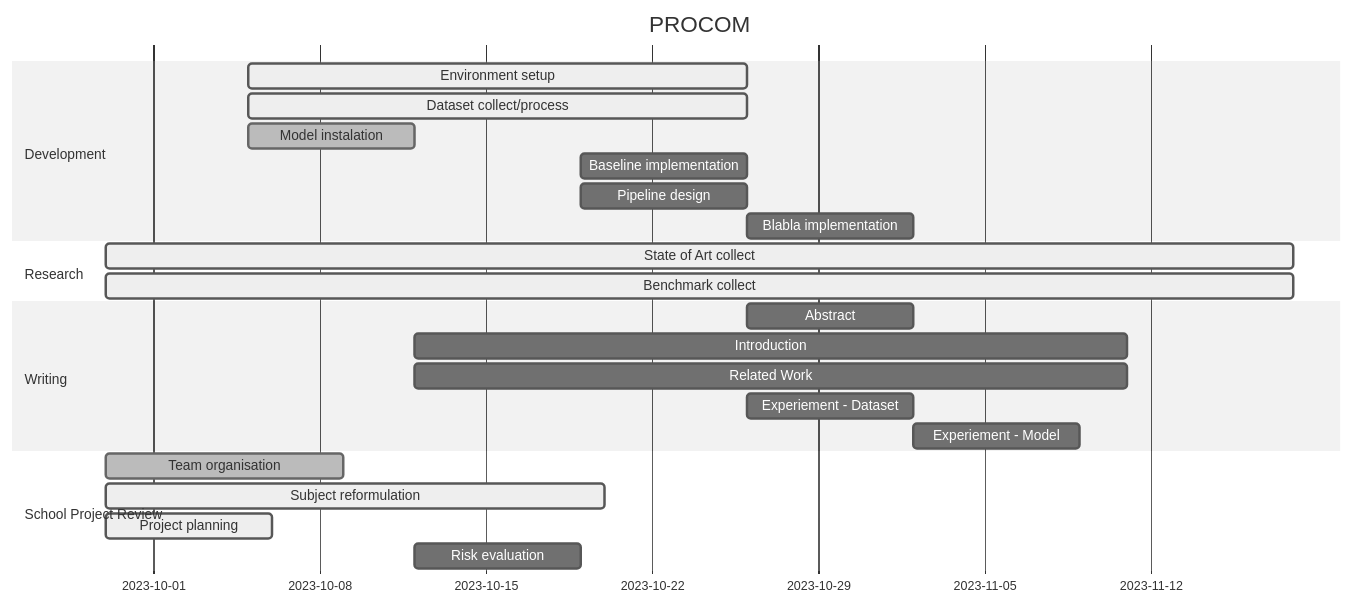
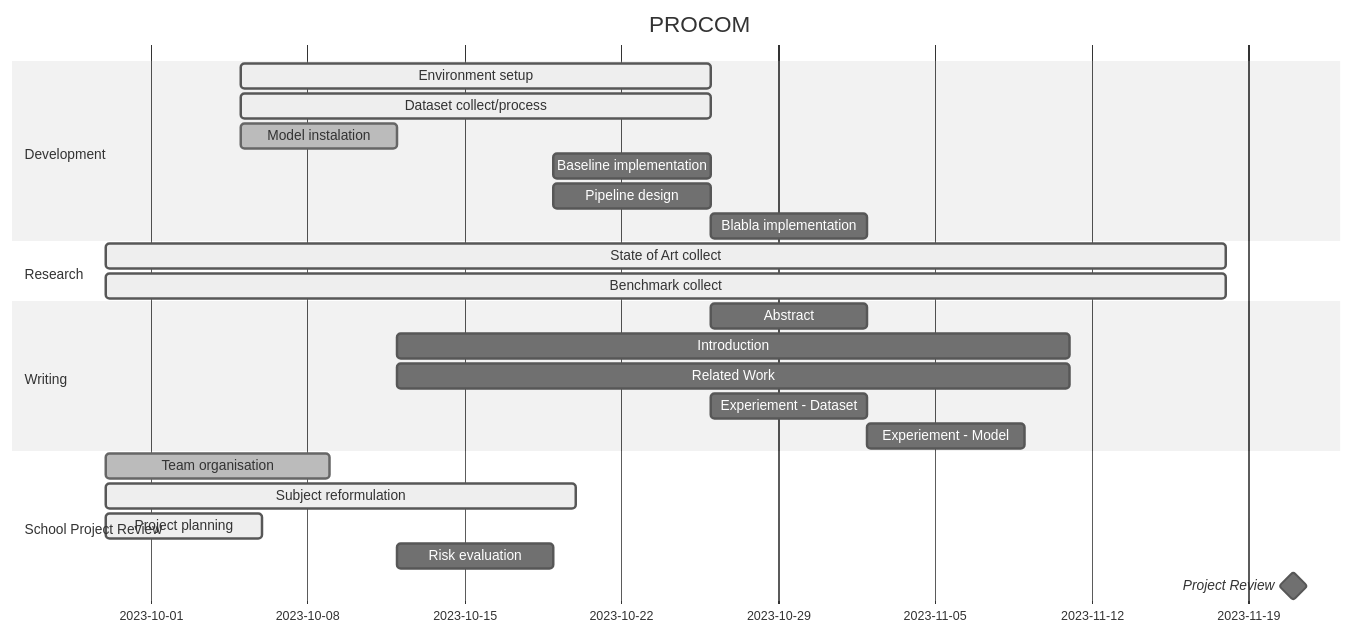
The first of 2 diagrams in README.md (lin-frederic/ProCom), drawn with Mermaid (neutral theme) before and after one commit.

Commit message:
📚update the gantt diagram
add project review milestone

````diff
--- a/README.md
+++ b/README.md
@@ -52,35 +52,36 @@
 ```mermaid
 gantt
 
 dateFormat  YYYY-MM-DD
 title PROCOM
 
 section Development
 Environment setup         :active,  des1, 2023-10-05, 21d
 Dataset collect/process   :active,  des2, 2023-10-05, 21d
 Model instalation         :done,    des3, 2023-10-05, 7d
 Baseline implementation   :  des14, 2023-10-19, 7d
 Pipeline design     :  des15, 2023-10-19, 7d
 Blabla implementation :  des16, 2023-10-26, 7d
 
 section Research
 State of Art collect      :active,  des4, 2023-09-29, 50d
 Benchmark collect         :active,  des5, 2023-09-29, 50d
 
 
 section Writing 
 Abstract : des17, 2023-10-26, 7d
 Introduction : des18, 2023-10-12, 30d
 Related Work : des19, 2023-10-12, 30d
 Experiement - Dataset : des20, 2023-10-26, 7d
 Experiement - Model : des21, 2023-11-02, 7d
 
 
 section School Project Review
 Team organisation        : done, des6, 2023-09-29, 10d        
 Subject reformulation    : active, des11, 2023-09-29, 21d
 Project planning         : active, des12, 2023-09-29, 7d
 Risk evaluation          :        des13, 2023-10-12, 7d
+Project Review           : milestone, des31, 2023-11-21, 0d
 
 
 ```
````
